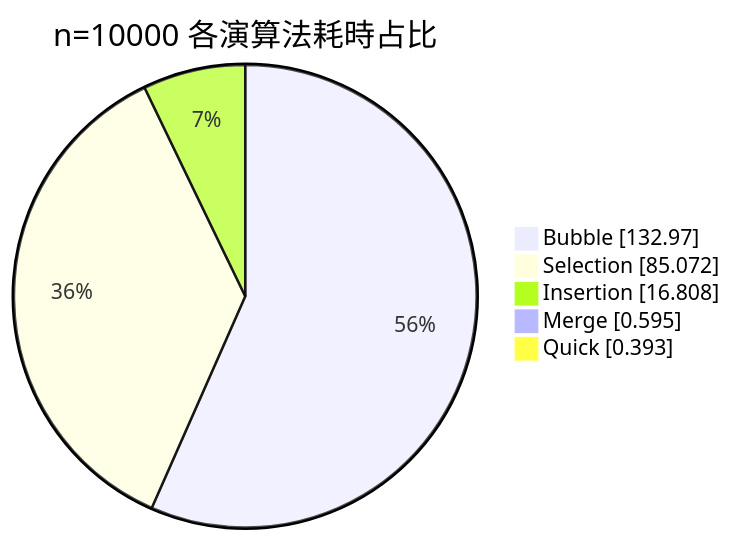
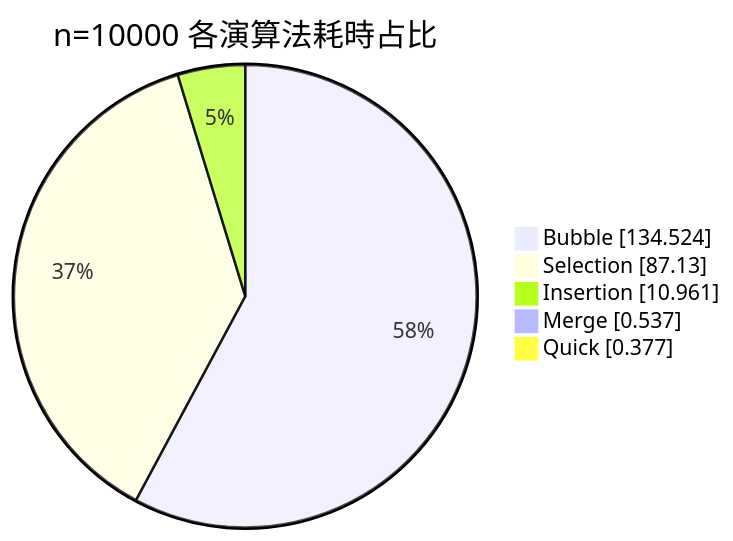
Before and after one commit to Sean960215/sort: the second of 2 diagrams in README.md, drawn with Mermaid. The commit also changed other lines of this file, not shown here.

````diff
--- a/README.md
+++ b/README.md
@@ -134,9 +134,9 @@
 ```mermaid
 pie showData
 	title n=10000 各演算法耗時占比
-	"Bubble" : 132.97
-	"Selection" : 85.072
-	"Insertion" : 16.808
-	"Merge" : 0.595
-	"Quick" : 0.393
+	"Bubble" : 134.524
+	"Selection" : 87.130
+	"Insertion" : 10.961
+	"Merge" : 0.537
+	"Quick" : 0.377
 ```
````
